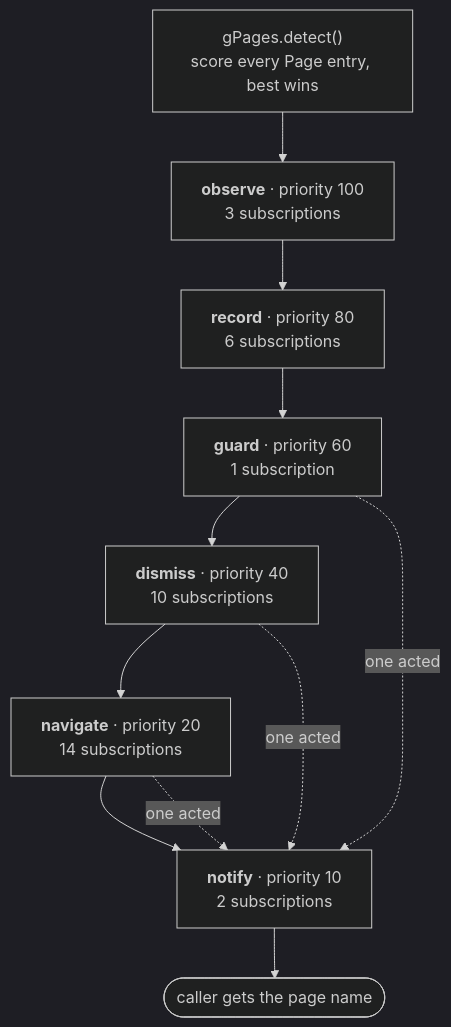
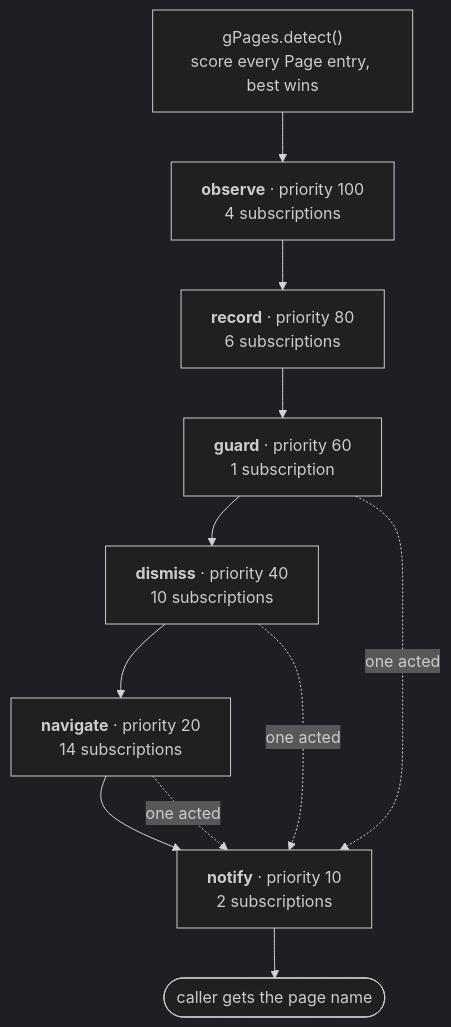
Before and after one commit to thireven/game-automation-scripts: the first of 3 diagrams in app.gap.Tsum/PAGE_DISPATCH.md, drawn with Mermaid (dark theme). The commit also changed other lines of this file and 21 other files, not shown here.

````diff
--- a/app.gap.Tsum/PAGE_DISPATCH.md
+++ b/app.gap.Tsum/PAGE_DISPATCH.md
@@ -24,21 +24,21 @@
 ```mermaid
 flowchart TD
   detect["gPages.detect()<br/>score every Page entry, best wins"]
-  c0["<b>observe</b> &middot; priority 100<br/>3 subscriptions"]
+  c0["<b>observe</b> &middot; priority 100<br/>4 subscriptions"]
   c1["<b>record</b> &middot; priority 80<br/>6 subscriptions"]
   c2["<b>guard</b> &middot; priority 60<br/>1 subscription"]
   c3["<b>dismiss</b> &middot; priority 40<br/>10 subscriptions"]
   c4["<b>navigate</b> &middot; priority 20<br/>14 subscriptions"]
   c5["<b>notify</b> &middot; priority 10<br/>2 subscriptions"]
   done(["caller gets the page name"])
   detect --> c0
   c0 --> c1
   c1 --> c2
   c2 --> c3
   c3 --> c4
   c4 --> c5
   c5 --> done
   c2 -. "one acted" .-> c5
   c3 -. "one acted" .-> c5
   c4 -. "one acted" .-> c5
 ```
````
